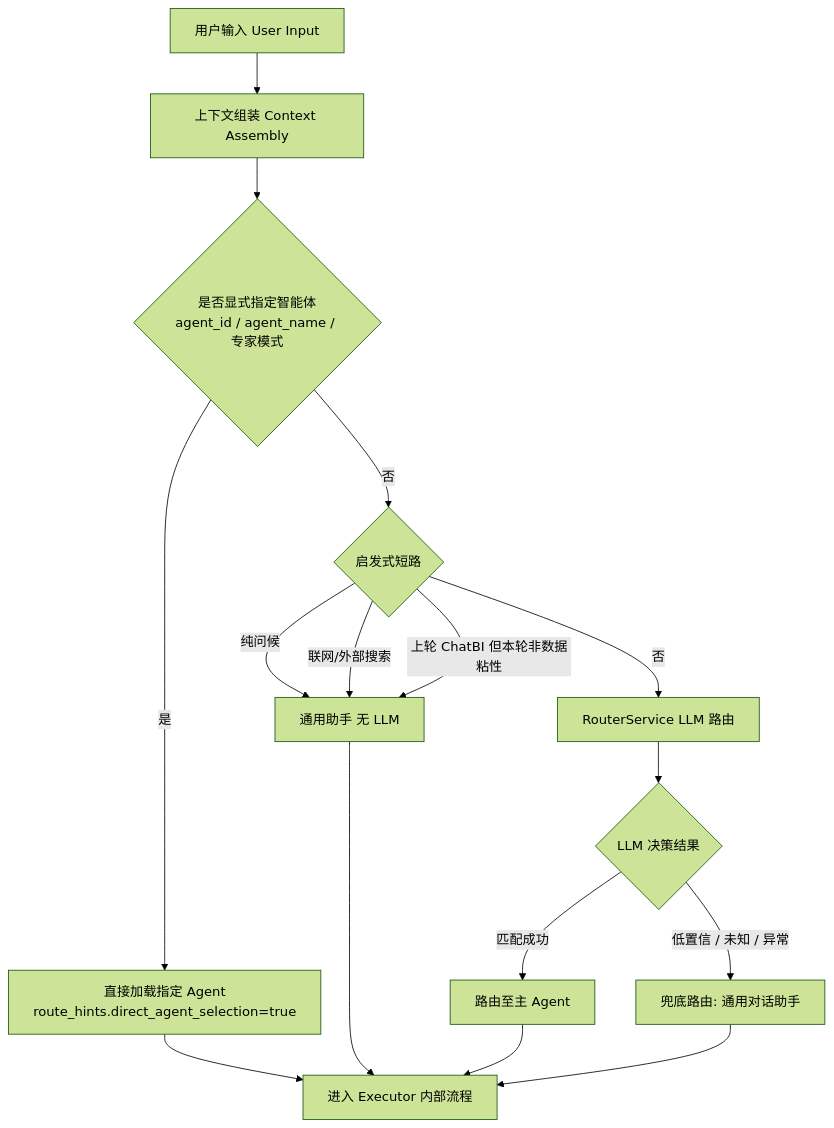
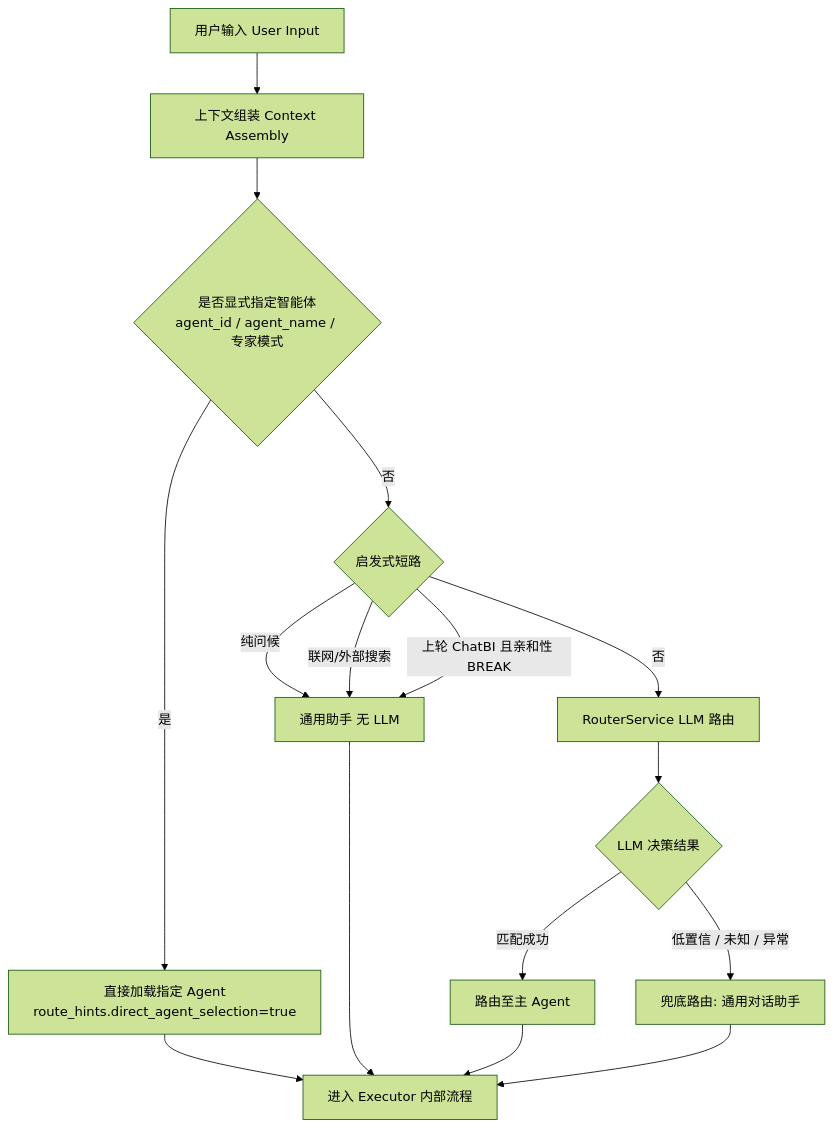
One commit to zhaoruifeng01/nanzi-ai-agent-platform changed the diagram in architech/design/AGENT_ROUTING_DESIGN.md. Above: the diagram before and after it, drawn with Mermaid (forest theme). The commit also changed other lines of this file and 10 other files, not shown here.

````diff
--- a/architech/design/AGENT_ROUTING_DESIGN.md
+++ b/architech/design/AGENT_ROUTING_DESIGN.md
@@ -13,18 +13,18 @@
 ```mermaid
 graph TD
     A[用户输入 User Input] --> B[上下文组装 Context Assembly]
     B --> C{是否显式指定智能体<br/>agent_id / agent_name / 专家模式}
     C -- 是 --> D[直接加载指定 Agent<br/>route_hints.direct_agent_selection=true]
     C -- 否 --> H1{启发式短路}
     H1 -- 纯问候 --> G1[通用助手 无 LLM]
     H1 -- 联网/外部搜索 --> G1
-    H1 -- 上轮 ChatBI 但本轮非数据粘性 --> G1
+    H1 -- 上轮 ChatBI 且亲和性 BREAK --> G1
     H1 -- 否 --> E[RouterService LLM 路由]
     E --> F{LLM 决策结果}
     F -- 匹配成功 --> G[路由至主 Agent]
     F -- 低置信 / 未知 / 异常 --> H[兜底路由: 通用对话助手]
     D --> I[进入 Executor 内部流程]
     G --> I
     G1 --> I
     H --> I
 ```
````
